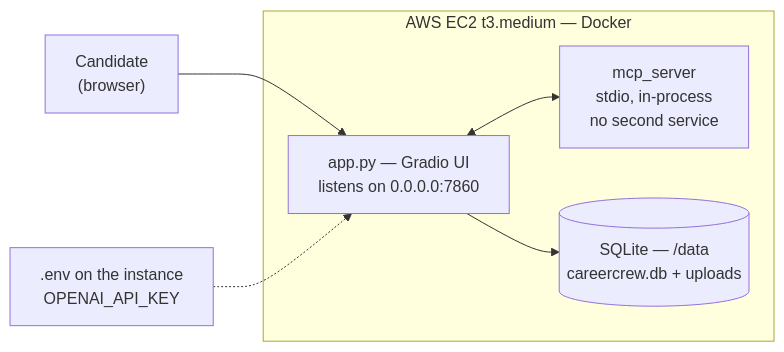
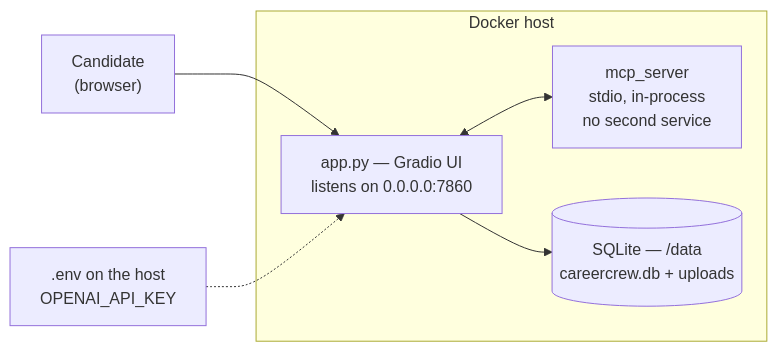
One commit to helenapedro/careercrew changed the third of 3 diagrams in ARCHITECTURE.md. Above: the diagram before and after it, drawn with Mermaid. The commit also changed other lines of this file and 15 other files, not shown here.

````diff
--- a/ARCHITECTURE.md
+++ b/ARCHITECTURE.md
@@ -107,9 +109,9 @@
 ```mermaid
 flowchart LR
     USER["Candidate<br/>(browser)"] --> APP["app.py — Gradio UI<br/>listens on 0.0.0.0:7860"]
-    subgraph EC2["AWS EC2 t3.medium — Docker"]
+    subgraph HOST["Docker host"]
         APP <--> MCPD["mcp_server<br/>stdio, in-process<br/>no second service"]
         APP --> DBD[("SQLite — /data<br/>careercrew.db + uploads")]
     end
-    SEC[".env on the instance<br/>OPENAI_API_KEY"] -.-> APP
+    SEC[".env on the host<br/>OPENAI_API_KEY"] -.-> APP
 ```
````
